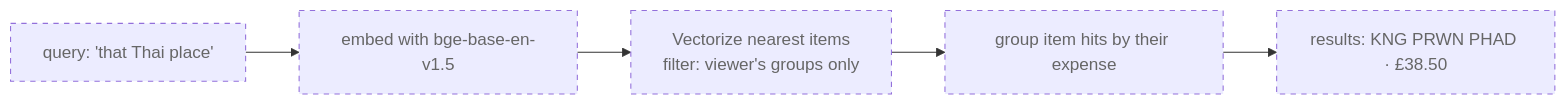
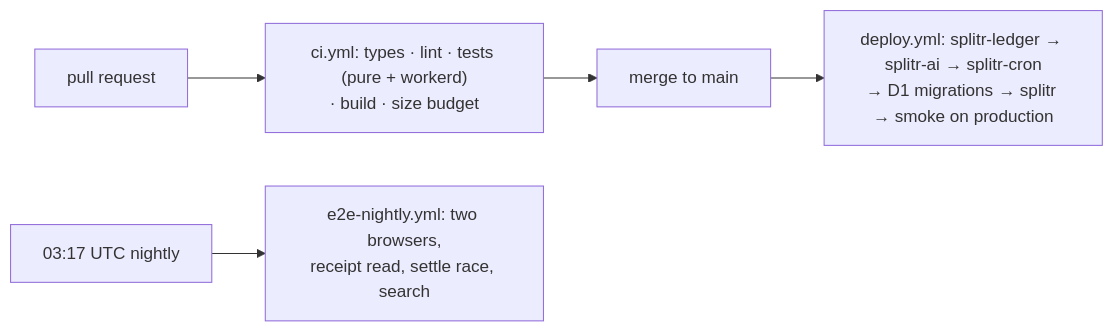
One commit to rafio-dgn/splitr changed the tenth of 11 diagrams in README.md. Above: the diagram before and after it, drawn with Mermaid. The commit also changed other lines of this file and 6 other files, not shown here.

First line of the commit message:
docs(x2): the README's architecture, redrawn as shipped

````diff
--- a/README.md
+++ b/README.md
@@ -318,9 +392,7 @@
 ```mermaid
 flowchart LR
-    Q["query: 'that Thai place'"] --> E["embed with bge-base-en-v1.5"]
-    E --> VQ["Vectorize nearest items<br/>filter: viewer's groups only"]
-    VQ --> G["group item hits by their expense"]
-    G --> R["results: KNG PRWN PHAD · £38.50"]
-    classDef planned stroke-dasharray: 5 5,color:#666
-    class Q,E,VQ,G,R planned
+    PR["pull request"] --> CI["ci.yml: types · lint · tests (pure + workerd)<br/>· build · size budget"]
+    CI --> M["merge to main"]
+    M --> D["deploy.yml: splitr-ledger → splitr-ai → splitr-cron<br/>→ D1 migrations → splitr → smoke on production"]
+    N["03:17 UTC nightly"] --> E["e2e-nightly.yml: two browsers,<br/>receipt read, settle race, search"]
 ```
````
